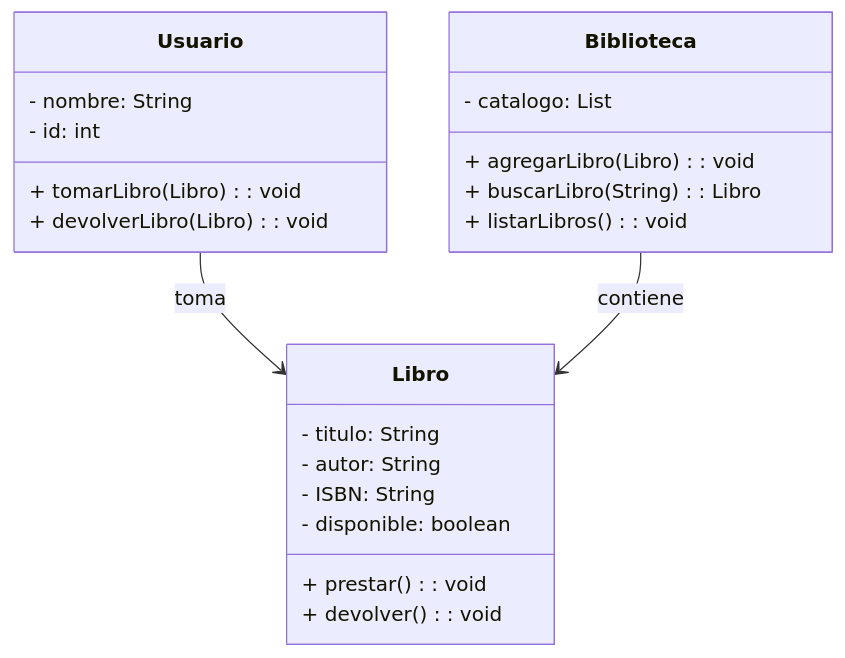
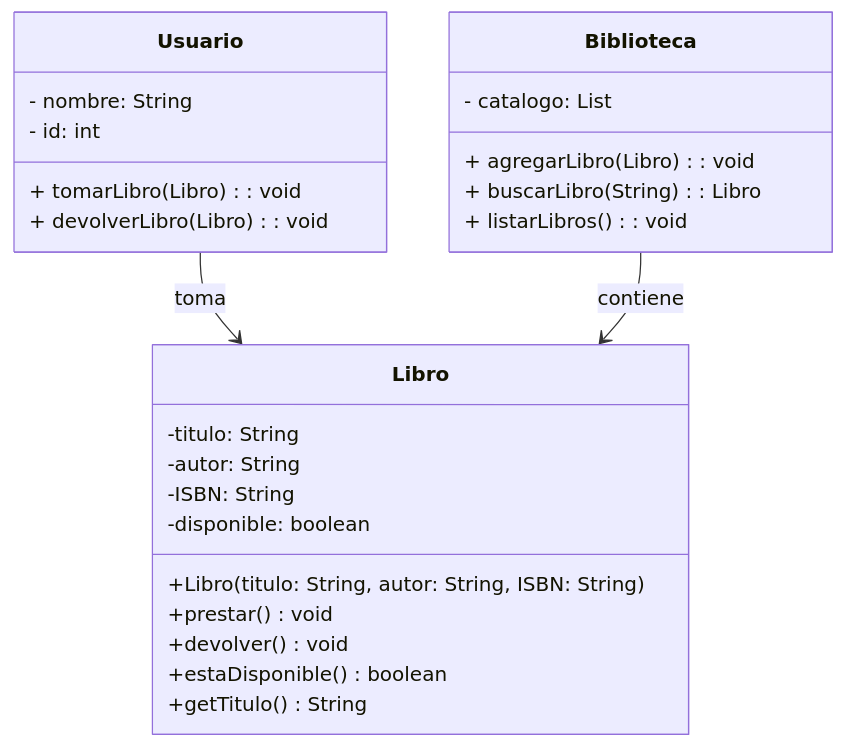
The first of 2 diagrams in programacion/java/uml.md (dgmx/www), drawn with Mermaid before and after one commit.

Commit message:
opos uml

````diff
--- a/programacion/java/uml.md
+++ b/programacion/java/uml.md
@@ -22,29 +22,32 @@
 ```mermaid
 
 classDiagram
     class Libro {
-        - titulo: String
-        - autor: String
-        - ISBN: String
-        - disponible: boolean
-        + prestar(): void
-        + devolver(): void
+        -titulo: String
+        -autor: String
+        -ISBN: String
+        -disponible: boolean
+        +Libro(titulo: String, autor: String, ISBN: String)
+        +prestar() void
+        +devolver() void
+        +estaDisponible() boolean
+        +getTitulo() String
     }
 
     class Usuario {
         - nombre: String
         - id: int
         + tomarLibro(Libro): void
         + devolverLibro(Libro): void
     }
 
     class Biblioteca {
         - catalogo: List<Libro>
         + agregarLibro(Libro): void
         + buscarLibro(String): Libro
         + listarLibros(): void
     }
 
     Usuario --> Libro : toma
     Biblioteca --> Libro : contiene
 ```
````
